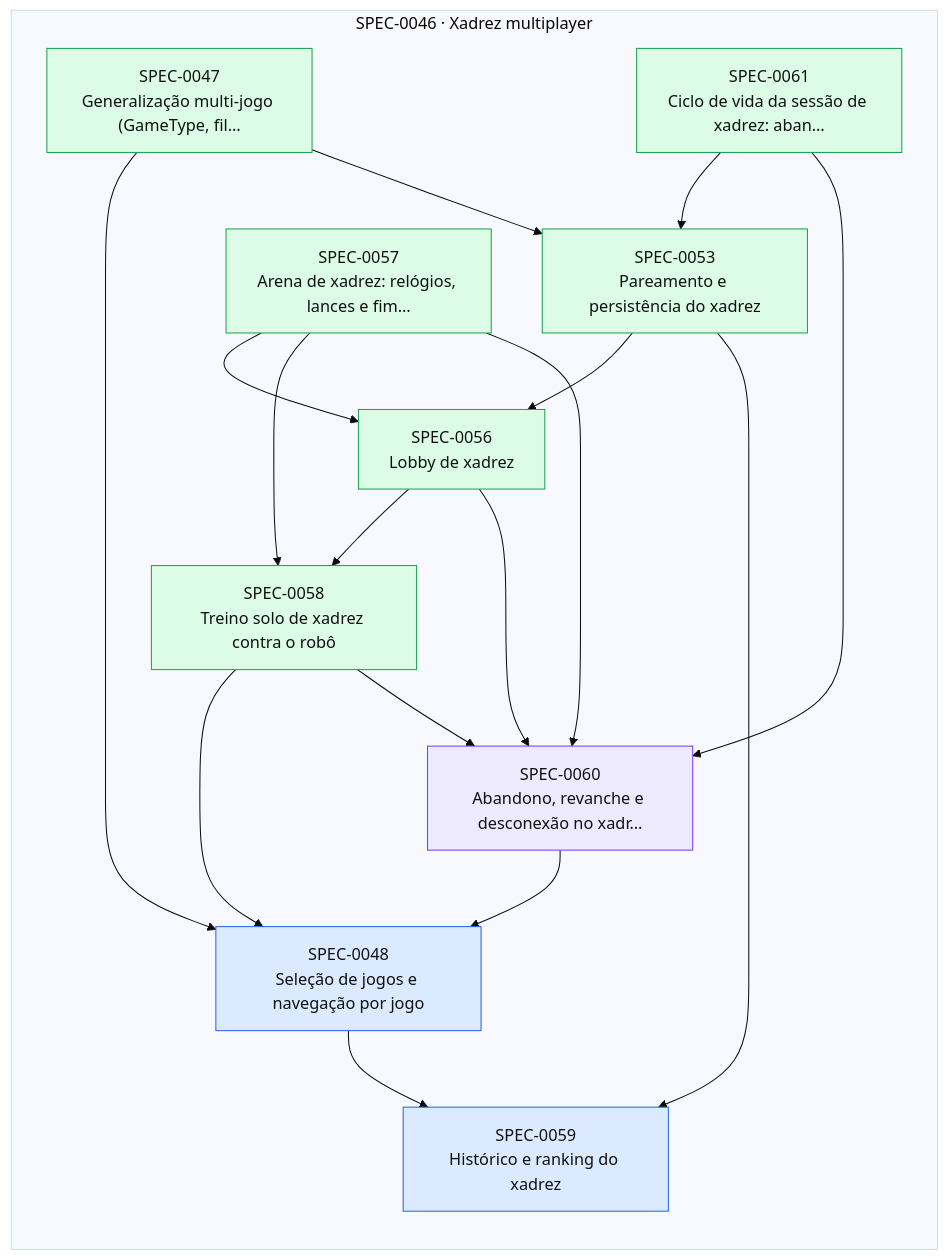
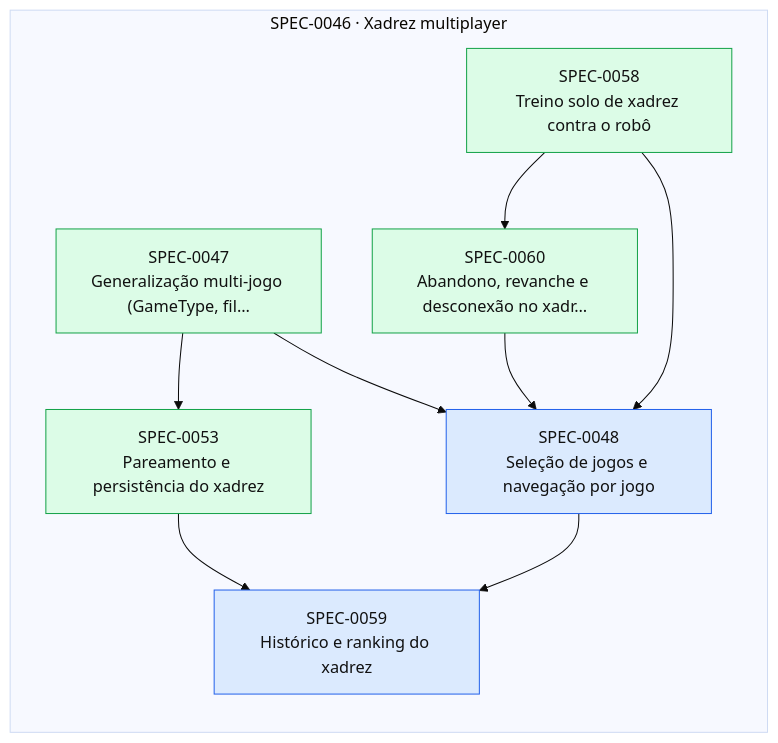
Before and after one commit to thomasravache/jogo-da-velha-multiplayer: the diagram in docs/specs/INDEX.md, drawn with Mermaid (base theme). The commit also changed other lines of this file and 2 other files, not shown here.

First line of the commit message:
docs(specs): fechar SPEC-0060 (relatório de entrega e CHANGELOG)

````diff
--- a/docs/specs/INDEX.md
+++ b/docs/specs/INDEX.md
@@ -39,34 +38,23 @@
 ```mermaid
 flowchart LR
   subgraph E0046["SPEC-0046 · Xadrez multiplayer"]
     S0047["SPEC-0047<br/>Generalização multi-jogo (GameType, fil…"]:::implemented
     S0048["SPEC-0048<br/>Seleção de jogos e navegação por jogo"]:::approved
     S0053["SPEC-0053<br/>Pareamento e persistência do xadrez"]:::implemented
-    S0056["SPEC-0056<br/>Lobby de xadrez"]:::implemented
-    S0057["SPEC-0057<br/>Arena de xadrez: relógios, lances e fim…"]:::implemented
     S0058["SPEC-0058<br/>Treino solo de xadrez contra o robô"]:::implemented
     S0059["SPEC-0059<br/>Histórico e ranking do xadrez"]:::approved
-    S0060["SPEC-0060<br/>Abandono, revanche e desconexão no xadr…"]:::inprogress
-    S0061["SPEC-0061<br/>Ciclo de vida da sessão de xadrez: aban…"]:::implemented
+    S0060["SPEC-0060<br/>Abandono, revanche e desconexão no xadr…"]:::implemented
   end
   S0047 --> S0048
   S0058 --> S0048
   S0060 --> S0048
   S0047 --> S0053
-  S0061 --> S0053
-  S0053 --> S0056
-  S0057 --> S0056
-  S0056 --> S0058
-  S0057 --> S0058
   S0048 --> S0059
   S0053 --> S0059
-  S0056 --> S0060
-  S0057 --> S0060
   S0058 --> S0060
-  S0061 --> S0060
   classDef proposed fill:#fef3c7,stroke:#d97706,color:#111
   classDef approved fill:#dbeafe,stroke:#2563eb,color:#111
   classDef inprogress fill:#ede9fe,stroke:#7c3aed,color:#111
   classDef implemented fill:#dcfce7,stroke:#16a34a,color:#111
   classDef deprecated fill:#f3f4f6,stroke:#9ca3af,color:#6b7280
 ```
````
